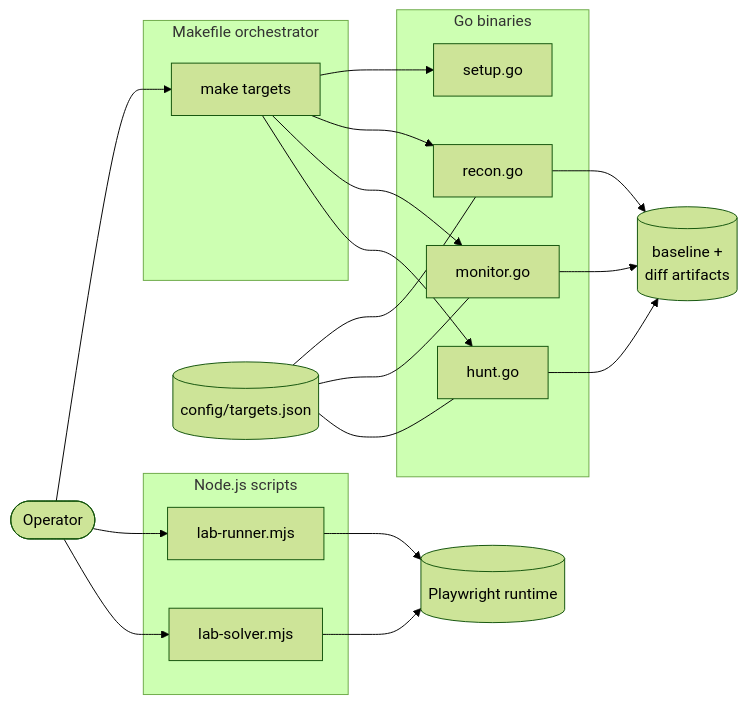
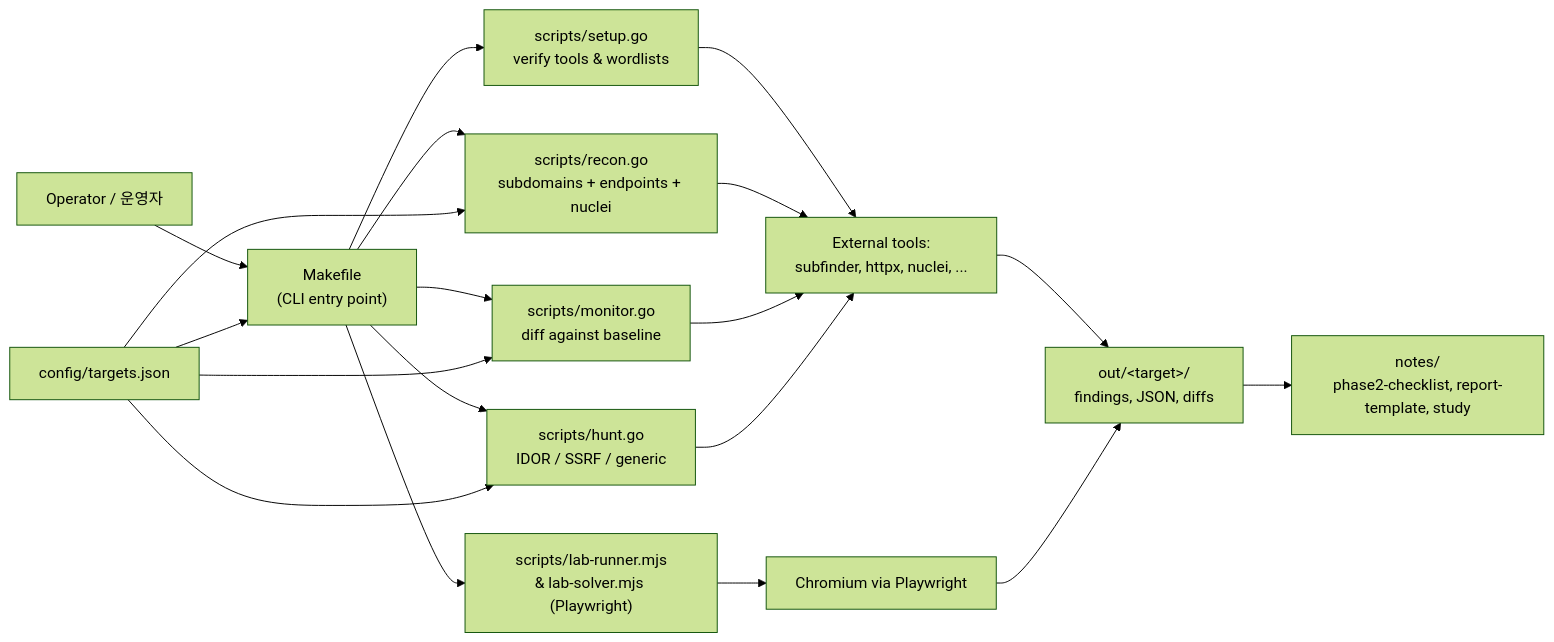
Before and after one commit to jclee941/bug: the diagram in README.md, drawn with Mermaid (forest theme). The commit also changed other lines of this file, not shown here.

````diff
--- a/README.md
+++ b/README.md
@@ -69,44 +76,21 @@
 ```mermaid
 flowchart LR
-    User([Operator])
-
-    subgraph Orchestration["Makefile orchestrator"]
-        Make[make targets]
-    end
-
-    subgraph GoBinaries["Go binaries"]
-        Setup[setup.go]
-        Recon[recon.go]
-        Monitor[monitor.go]
-        Hunt[hunt.go]
-    end
-
-    subgraph NodeScripts["Node.js scripts"]
-        LabRunner[lab-runner.mjs]
-        LabSolver[lab-solver.mjs]
-    end
-
-    Config[(config/targets.json)]
-    Artifacts[(baseline +<br/>diff artifacts)]
-    Playwright[(Playwright runtime)]
-
-    User --> Make
-    Make --> Setup
-    Make --> Recon
-    Make --> Monitor
-    Make --> Hunt
-
-    User --> LabRunner
-    User --> LabSolver
-
-    Config --- Recon
-    Config --- Monitor
-    Config --- Hunt
-
-    Recon --> Artifacts
-    Monitor --> Artifacts
-    Hunt --> Artifacts
-
-    LabRunner --> Playwright
-    LabSolver --> Playwright
+    User["Operator / 운영자"] --> Make["Makefile<br/>(CLI entry point)"]
+    Make --> GoSetup["scripts/setup.go<br/>verify tools &amp; wordlists"]
+    Make --> GoRecon["scripts/recon.go<br/>subdomains + endpoints + nuclei"]
+    Make --> GoMonitor["scripts/monitor.go<br/>diff against baseline"]
+    Make --> GoHunt["scripts/hunt.go<br/>IDOR / SSRF / generic"]
+    Make --> NodeLab["scripts/lab-runner.mjs<br/>&amp; lab-solver.mjs (Playwright)"]
+    GoSetup --> Tools["External tools:<br/>subfinder, httpx, nuclei, ..."]
+    GoRecon --> Tools
+    GoMonitor --> Tools
+    GoHunt --> Tools
+    Tools --> Out["out/&lt;target&gt;/<br/>findings, JSON, diffs"]
+    NodeLab --> Browser["Chromium via Playwright"]
+    Browser --> Out
+    Out --> Notes["notes/<br/>phase2-checklist, report-template, study"]
+    Config["config/targets.json"] --> Make
+    Config --> GoRecon
+    Config --> GoMonitor
+    Config --> GoHunt
 ```
````
